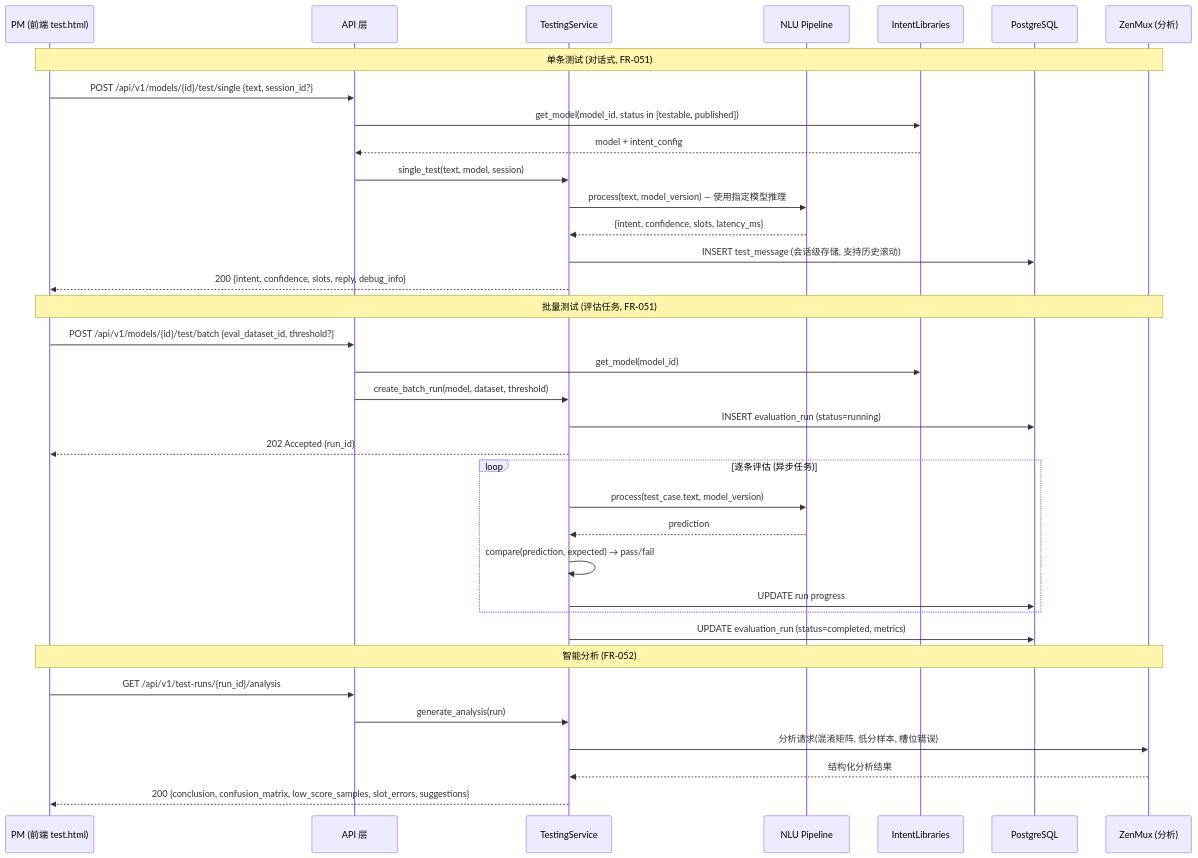
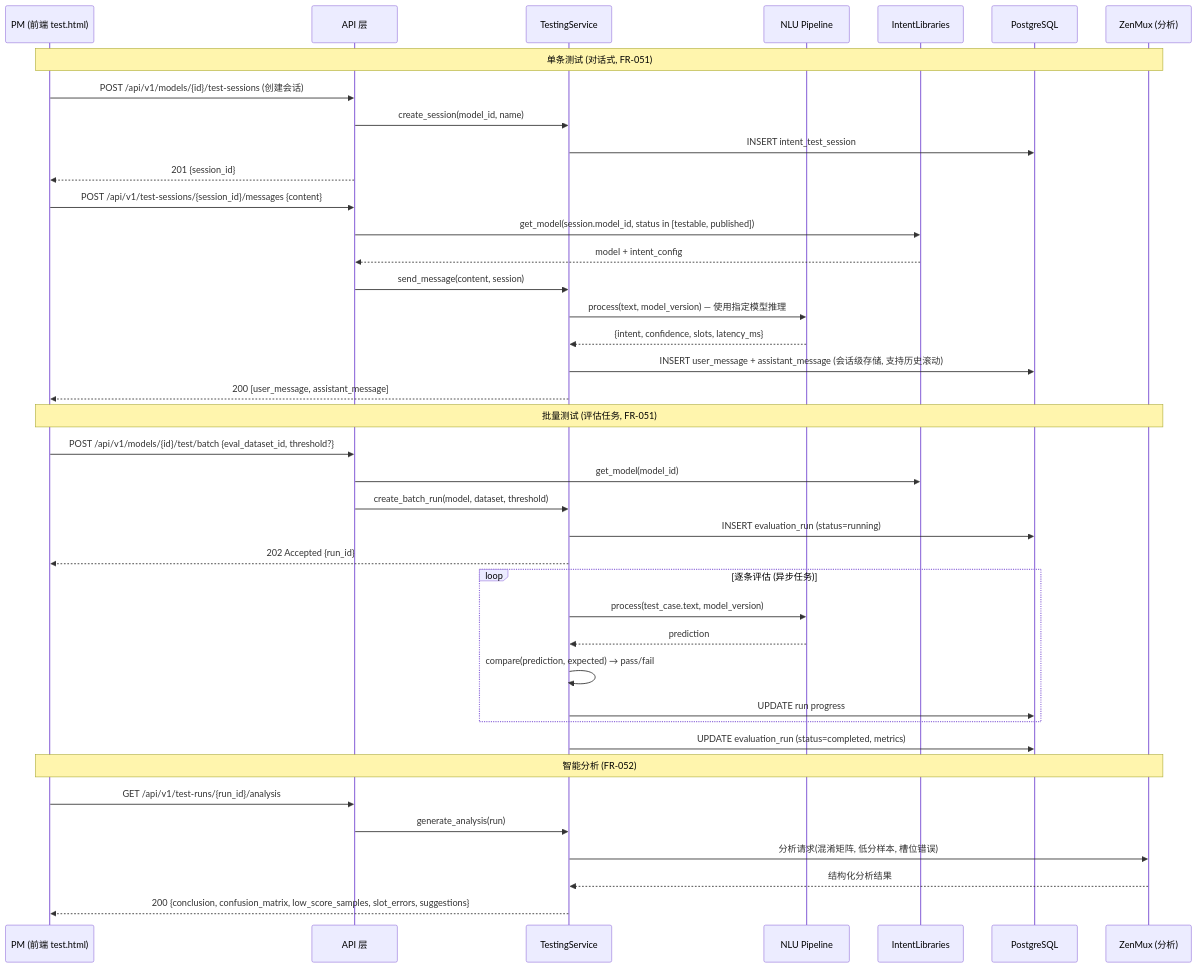
The second of 2 diagrams in specs/master/ad/ad-intent-library.md (WangShaoyu1/spec_kit_superpower), drawn with Mermaid before and after one commit. The commit also changed other lines of this file and 68 other files, not shown here.

````diff
--- a/specs/master/ad/ad-intent-library.md
+++ b/specs/master/ad/ad-intent-library.md
@@ -126,43 +133,47 @@
 ```mermaid
 sequenceDiagram
     participant PM as PM (前端 test.html)
     participant API as API 层
     participant TS as TestingService
     participant NLU as NLU Pipeline
     participant IL as IntentLibraries
     participant DB as PostgreSQL
     participant LLM as ZenMux (分析)
 
     Note over PM, LLM: 单条测试 (对话式, FR-051)
-    PM->>API: POST /api/v1/models/{id}/test/single {text, session_id?}
-    API->>IL: get_model(model_id, status in [testable, published])
+    PM->>API: POST /api/v1/models/{id}/test-sessions (创建会话)
+    API->>TS: create_session(model_id, name)
+    TS->>DB: INSERT intent_test_session
+    API-->>PM: 201 {session_id}
+    PM->>API: POST /api/v1/test-sessions/{session_id}/messages {content}
+    API->>IL: get_model(session.model_id, status in [testable, published])
     IL-->>API: model + intent_config
-    API->>TS: single_test(text, model, session)
+    API->>TS: send_message(content, session)
     TS->>NLU: process(text, model_version) — 使用指定模型推理
     NLU-->>TS: {intent, confidence, slots, latency_ms}
-    TS->>DB: INSERT test_message (会话级存储, 支持历史滚动)
-    TS-->>PM: 200 {intent, confidence, slots, reply, debug_info}
+    TS->>DB: INSERT user_message + assistant_message (会话级存储, 支持历史滚动)
+    TS-->>PM: 200 [user_message, assistant_message]
 
     Note over PM, LLM: 批量测试 (评估任务, FR-051)
     PM->>API: POST /api/v1/models/{id}/test/batch {eval_dataset_id, threshold?}
     API->>IL: get_model(model_id)
     API->>TS: create_batch_run(model, dataset, threshold)
     TS->>DB: INSERT evaluation_run (status=running)
     TS-->>PM: 202 Accepted {run_id}
 
     loop 逐条评估 (异步任务)
         TS->>NLU: process(test_case.text, model_version)
         NLU-->>TS: prediction
         TS->>TS: compare(prediction, expected) → pass/fail
         TS->>DB: UPDATE run progress
     end
 
     TS->>DB: UPDATE evaluation_run (status=completed, metrics)
 
     Note over PM, LLM: 智能分析 (FR-052)
     PM->>API: GET /api/v1/test-runs/{run_id}/analysis
     API->>TS: generate_analysis(run)
     TS->>LLM: 分析请求(混淆矩阵, 低分样本, 槽位错误)
     LLM-->>TS: 结构化分析结果
     TS-->>PM: 200 {conclusion, confusion_matrix, low_score_samples, slot_errors, suggestions}
 ```
````
